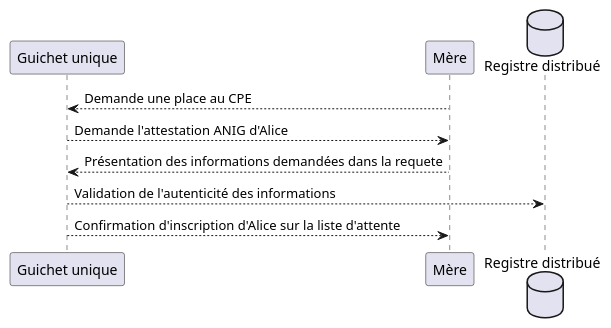
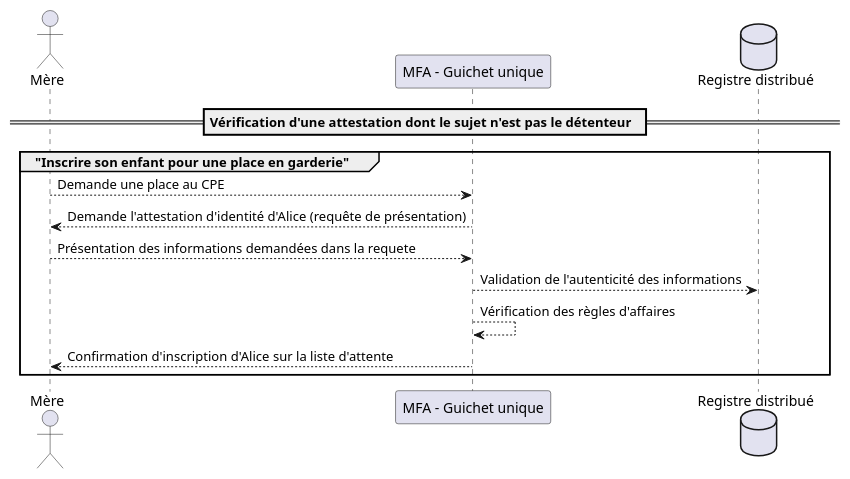
The diagram in doc/FluxGardEtape2.puml (CQEN-QDCE/exp-attestation-deleguee), drawn with PlantUML before and after one commit. The commit also changed 7 other files, not shown here.

Commit message:
Update flow diagram of story

```diff
--- a/doc/FluxGardEtape2.puml
+++ b/doc/FluxGardEtape2.puml
@@ -1,15 +1,19 @@
 @startuml Sequence
 
-participant "Guichet unique" as Emetteur  order 110
-participant "Mère" as Demandeur  order 120
+actor "Mère" as Demandeur  order 100
+participant "MFA - Guichet unique" as Emetteur  order 110
 database "Registre distribué" as RegistreD  order 130
 
-      
+== Vérification d'une attestation dont le sujet n'est pas le détenteur  ==
+     
+' Inscrire son enfant pour une place en garderie
+group "Inscrire son enfant pour une place en garderie"
     Emetteur   <--  Demandeur  :  Demande une place au CPE   
-    Emetteur   -->  Demandeur  :  Demande l'attestation ANIG d'Alice
+    Emetteur   -->  Demandeur  :  Demande l'attestation d'identité d'Alice (requête de présentation)
     Emetteur   <--  Demandeur  :  Présentation des informations demandées dans la requete
     Emetteur   -->  RegistreD  :  Validation de l'autenticité des informations
+    Emetteur   -->  Emetteur   :  Vérification des règles d'affaires
     Emetteur   -->  Demandeur  :  Confirmation d'inscription d'Alice sur la liste d'attente 
+end
 
-    
 @enduml
```
